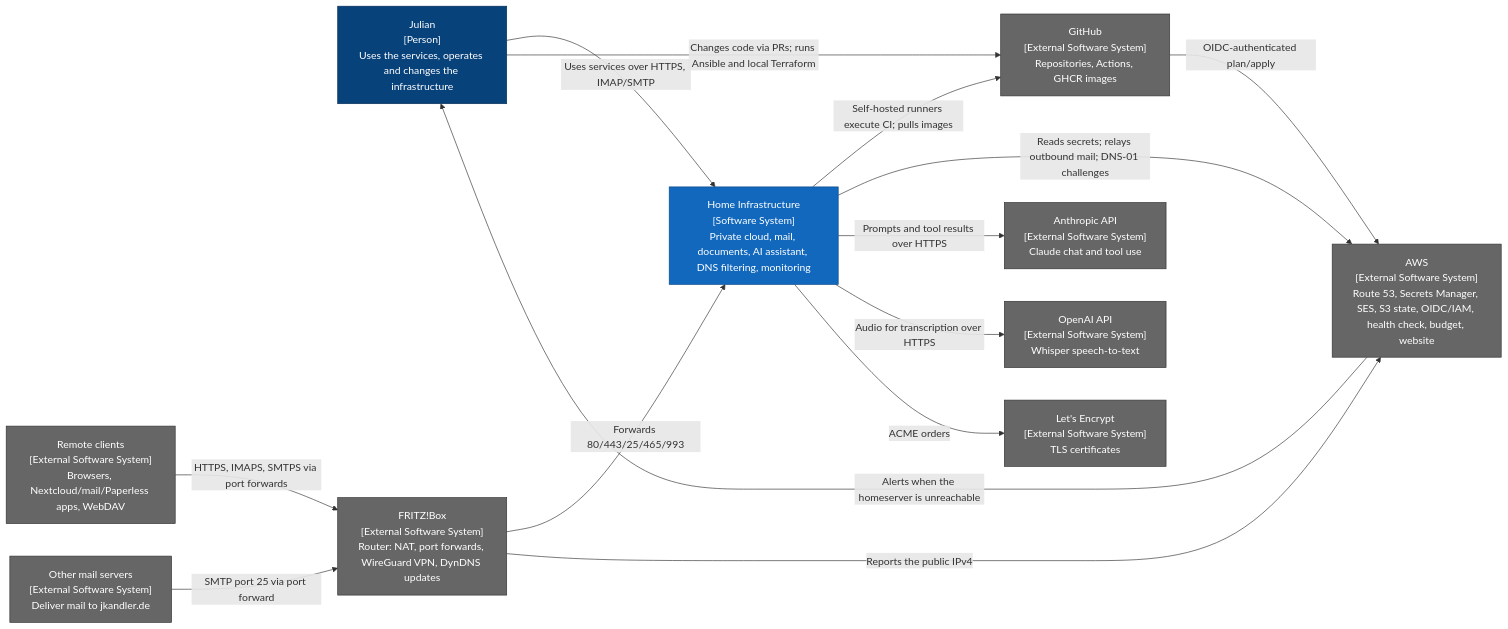
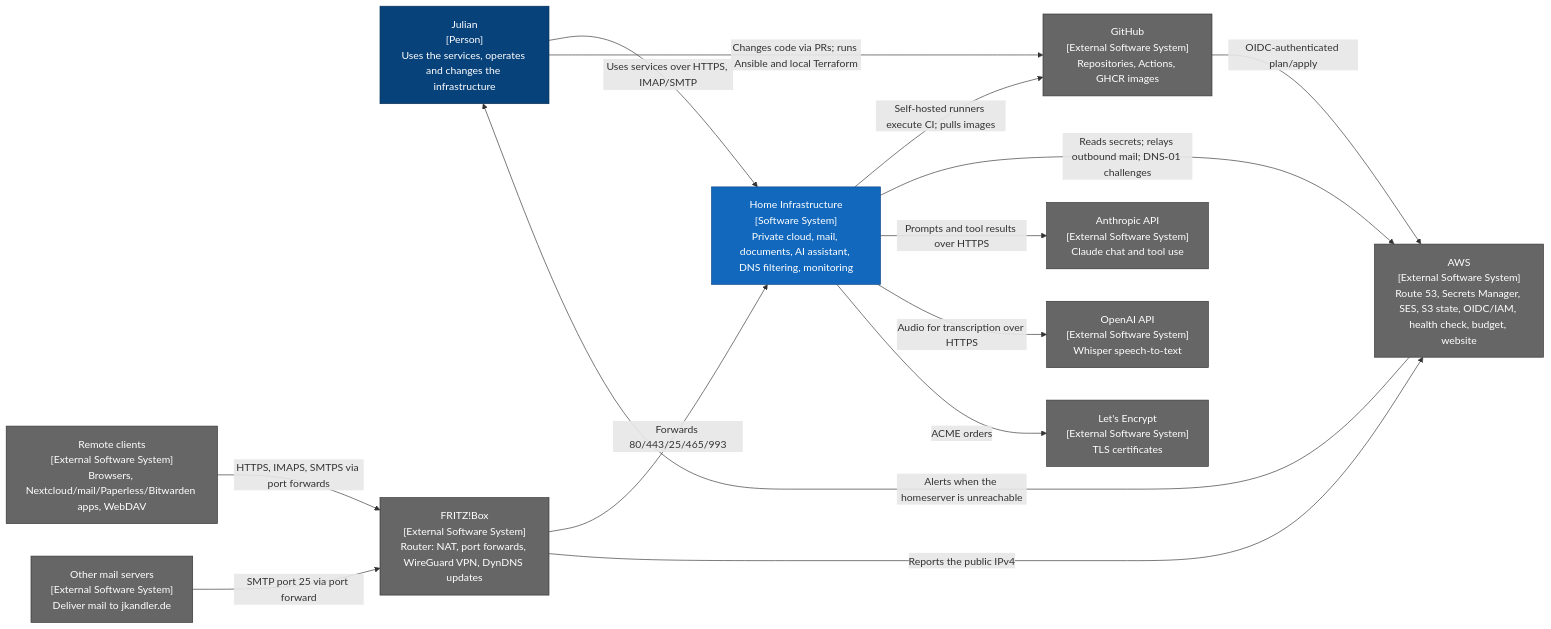
One commit to KandlerLi/home-infra-docs changed the diagram in docs/architecture/current/system-context.md. Above: the diagram before and after it, drawn with Mermaid. The commit also changed 5 other files, not shown here.

````diff
--- a/docs/architecture/current/system-context.md
+++ b/docs/architecture/current/system-context.md
@@ -7,36 +7,36 @@
 ```mermaid
 flowchart LR
     julian["Julian<br/>[Person]<br/>Uses the services, operates and changes the infrastructure"]
-    clients["Remote clients<br/>[External Software System]<br/>Browsers, Nextcloud/mail/Paperless apps, WebDAV"]
+    clients["Remote clients<br/>[External Software System]<br/>Browsers, Nextcloud/mail/Paperless/Bitwarden apps, WebDAV"]
     mailers["Other mail servers<br/>[External Software System]<br/>Deliver mail to jkandler.de"]
 
     home["Home Infrastructure<br/>[Software System]<br/>Private cloud, mail, documents, AI assistant, DNS filtering, monitoring"]
 
     github["GitHub<br/>[External Software System]<br/>Repositories, Actions, GHCR images"]
     aws["AWS<br/>[External Software System]<br/>Route 53, Secrets Manager, SES, S3 state, OIDC/IAM, health check, budget, website"]
     anthropic["Anthropic API<br/>[External Software System]<br/>Claude chat and tool use"]
     openai["OpenAI API<br/>[External Software System]<br/>Whisper speech-to-text"]
     letsencrypt["Let's Encrypt<br/>[External Software System]<br/>TLS certificates"]
     fritz["FRITZ!Box<br/>[External Software System]<br/>Router: NAT, port forwards, WireGuard VPN, DynDNS updates"]
 
     julian -->|"Uses services over HTTPS, IMAP/SMTP"| home
     julian -->|"Changes code via PRs; runs Ansible and local Terraform"| github
     clients -->|"HTTPS, IMAPS, SMTPS via port forwards"| fritz
     mailers -->|"SMTP port 25 via port forward"| fritz
     fritz -->|"Forwards 80/443/25/465/993"| home
     fritz -->|"Reports the public IPv4"| aws
     home -->|"Self-hosted runners execute CI; pulls images"| github
     github -->|"OIDC-authenticated plan/apply"| aws
     home -->|"Reads secrets; relays outbound mail; DNS-01 challenges"| aws
     home -->|"Prompts and tool results over HTTPS"| anthropic
     home -->|"Audio for transcription over HTTPS"| openai
     home -->|"ACME orders"| letsencrypt
     aws -->|"Alerts when the homeserver is unreachable"| julian
 
     classDef person fill:#08427b,color:#fff,stroke:#052e56
     classDef system fill:#1168bd,color:#fff,stroke:#0b4884
     classDef external fill:#666,color:#fff,stroke:#333
     class julian person
     class home system
     class clients,mailers,github,aws,anthropic,openai,letsencrypt,fritz external
 ```
````
